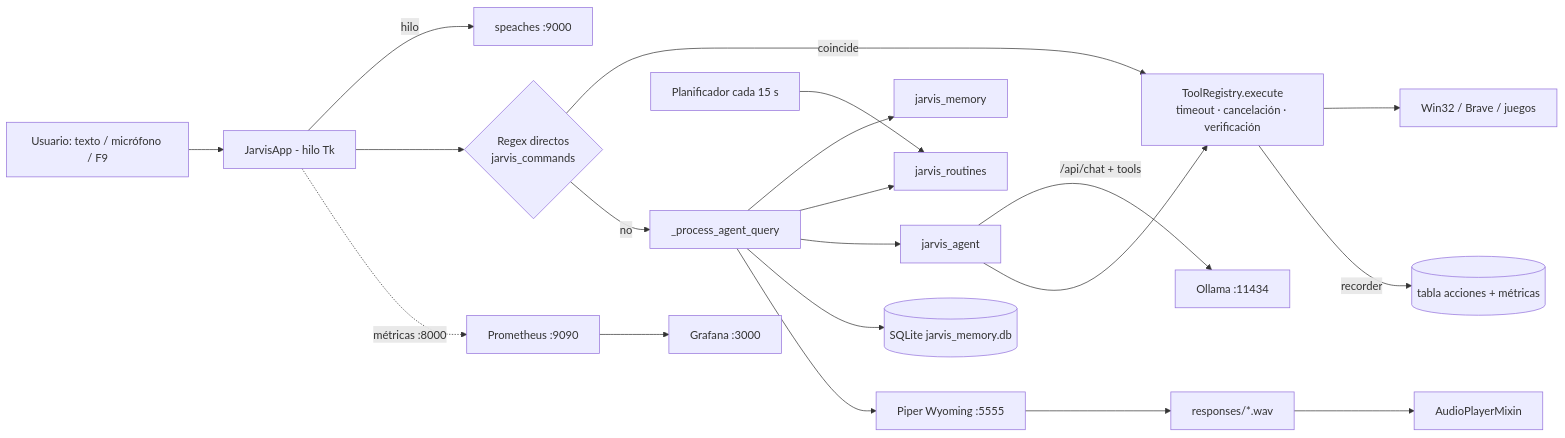
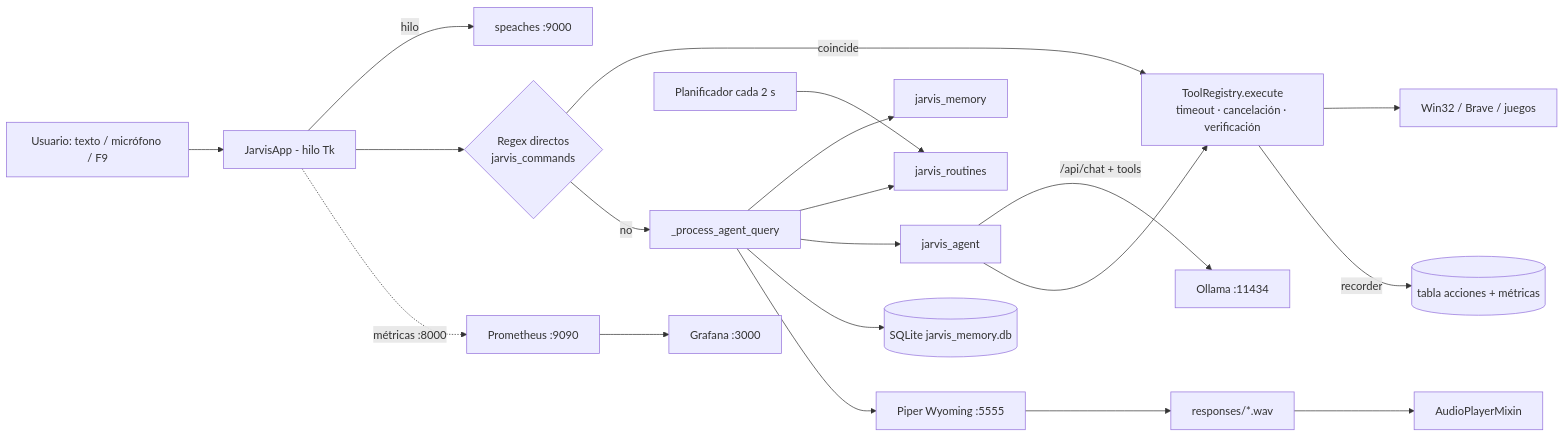
One commit to Ezequiel-Sale/Jarvis-asistente-local changed the diagram in PROJECT_CONTEXT.md. Above: the diagram before and after it, drawn with Mermaid. The commit also changed other lines of this file and 46 other files, not shown here.

````diff
--- a/PROJECT_CONTEXT.md
+++ b/PROJECT_CONTEXT.md
@@ -54,18 +54,18 @@
 ```mermaid
 flowchart LR
   U[Usuario: texto / micrófono / F9] --> APP[JarvisApp - hilo Tk]
   APP -- hilo --> STT[speaches :9000]
   APP --> R{Regex directos<br/>jarvis_commands}
   R -- coincide --> REG
   R -- no --> Q[_process_agent_query]
   Q --> MEM[jarvis_memory]
   Q --> ROU[jarvis_routines]
   Q --> AG[jarvis_agent]
   AG -- /api/chat + tools --> LLM[Ollama :11434]
   AG --> REG[ToolRegistry.execute<br/>timeout · cancelación · verificación] --> SYS[Win32 / Brave / juegos]
   REG -- recorder --> LOG[(tabla acciones + métricas)]
   Q --> DB[(SQLite jarvis_memory.db)]
   Q --> TTS[Piper Wyoming :5555] --> WAV[responses/*.wav] --> PLAY[AudioPlayerMixin]
-  SCHED[Planificador cada 15 s] --> ROU
+  SCHED[Planificador cada 2 s] --> ROU
   APP -. métricas :8000 .-> PROM[Prometheus :9090] --> GRAF[Grafana :3000]
 ```
````
